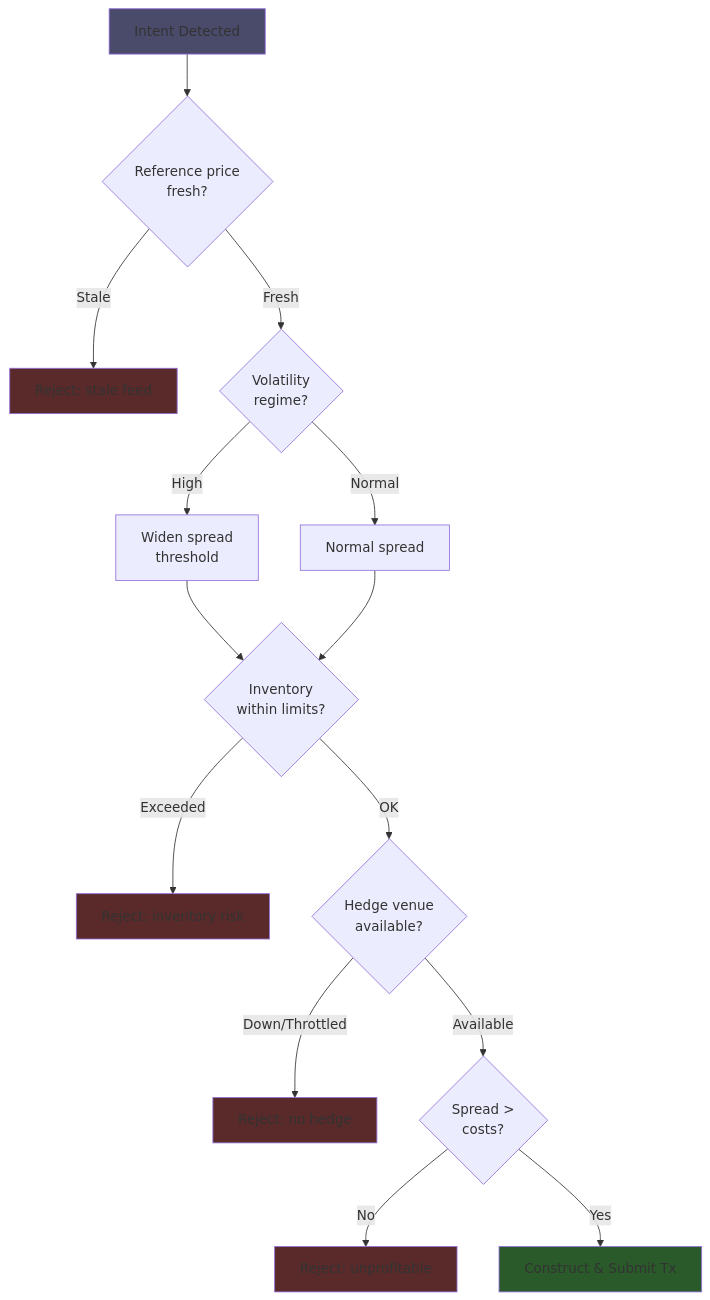
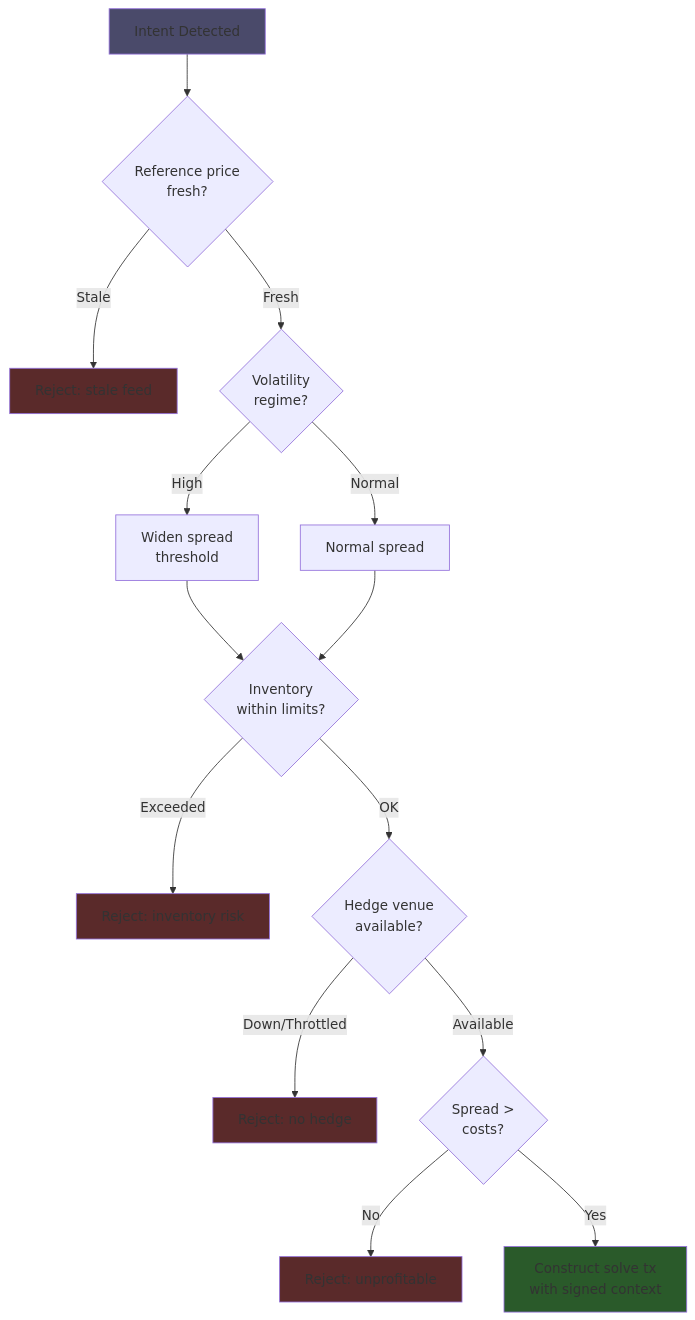
Before and after one commit to ST0x-Technology/st0x.liquidity: the seventh of 9 diagrams in TRUTH.md, drawn with Mermaid. The commit also changed other lines of this file, not shown here.

````diff
--- a/TRUTH.md
+++ b/TRUTH.md
@@ -323,23 +333,23 @@
 ```mermaid
 flowchart TD
     Intent[Intent Detected] --> CheckRef{Reference price<br/>fresh?}
     CheckRef -->|Stale| Reject1[Reject: stale feed]
     CheckRef -->|Fresh| CheckVol{Volatility<br/>regime?}
     CheckVol -->|High| WideSpread[Widen spread<br/>threshold]
     CheckVol -->|Normal| NormalSpread[Normal spread]
     WideSpread --> CheckInv{Inventory<br/>within limits?}
     NormalSpread --> CheckInv
     CheckInv -->|Exceeded| Reject2[Reject: inventory risk]
     CheckInv -->|OK| CheckHedge{Hedge venue<br/>available?}
     CheckHedge -->|Down/Throttled| Reject3[Reject: no hedge]
     CheckHedge -->|Available| CheckProfit{Spread ><br/>costs?}
     CheckProfit -->|No| Reject4[Reject: unprofitable]
-    CheckProfit -->|Yes| Solve[Construct & Submit Tx]
+    CheckProfit -->|Yes| Solve["Construct solve tx<br/>with signed context"]
 
     style Intent fill:#4a4a6a
     style Solve fill:#2a5a2a
     style Reject1 fill:#5a2a2a
     style Reject2 fill:#5a2a2a
     style Reject3 fill:#5a2a2a
     style Reject4 fill:#5a2a2a
 ```
````
